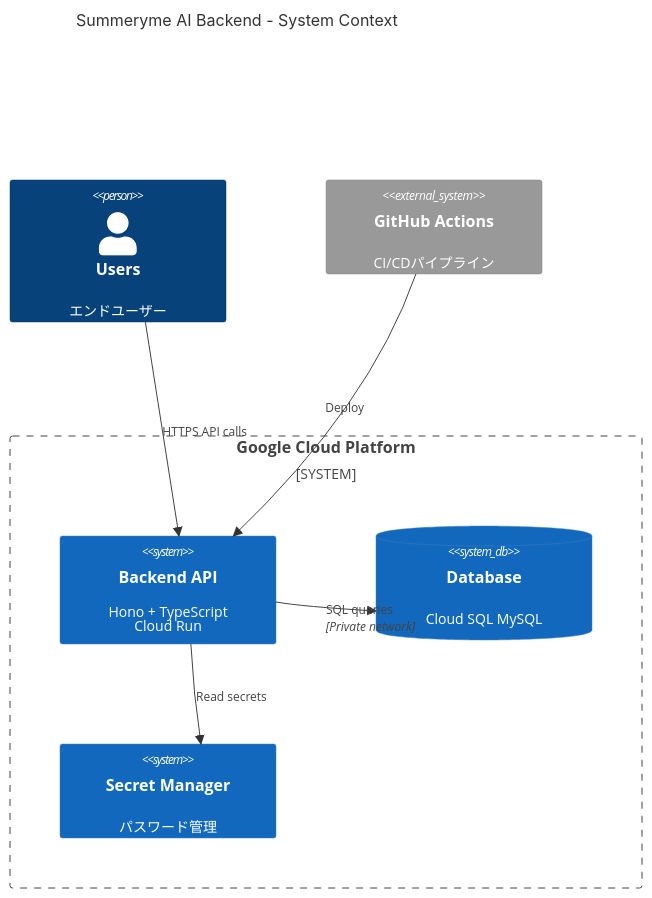
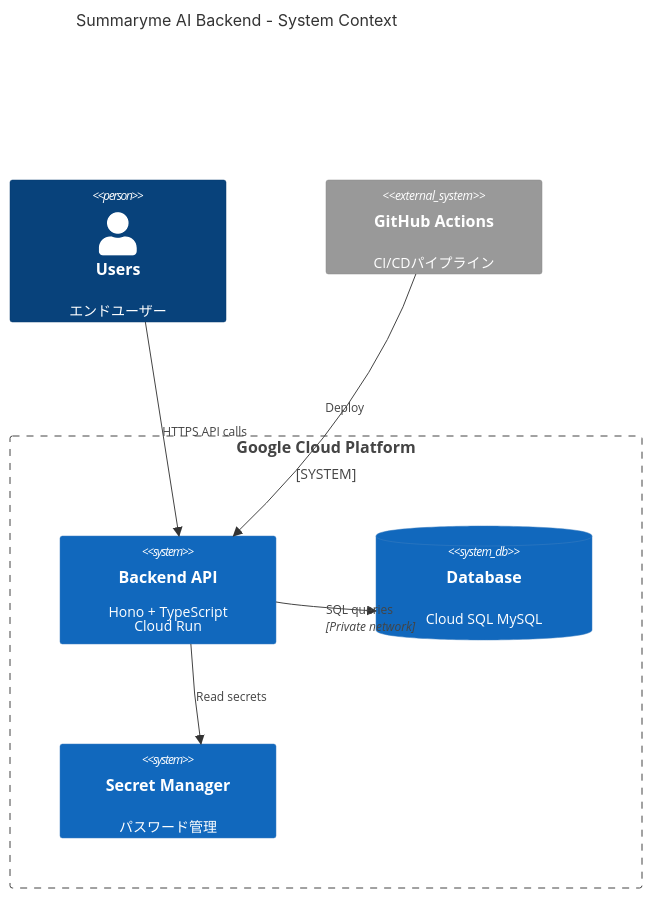
One commit to shuheu/summeryme-ai changed the second of 3 diagrams in terraform/infrastructure-diagram.md. Above: the diagram before and after it, drawn with Mermaid. The commit also changed other lines of this file and 16 other files, not shown here.

````diff
--- a/terraform/infrastructure-diagram.md
+++ b/terraform/infrastructure-diagram.md
@@ -121,18 +121,18 @@
 ```mermaid
 C4Context
-    title Summeryme AI Backend - System Context
+    title Summaryme AI Backend - System Context
 
     Person(user, "Users", "エンドユーザー")
     System_Ext(github, "GitHub Actions", "CI/CDパイプライン")
 
     System_Boundary(gcp, "Google Cloud Platform") {
         System(backend, "Backend API", "Hono + TypeScript<br/>Cloud Run")
         SystemDb(database, "Database", "Cloud SQL MySQL")
         System(secrets, "Secret Manager", "パスワード管理")
     }
 
     Rel(user, backend, "HTTPS API calls")
     Rel(github, backend, "Deploy")
     Rel(backend, database, "SQL queries", "Private network")
     Rel(backend, secrets, "Read secrets")
 ```
````
